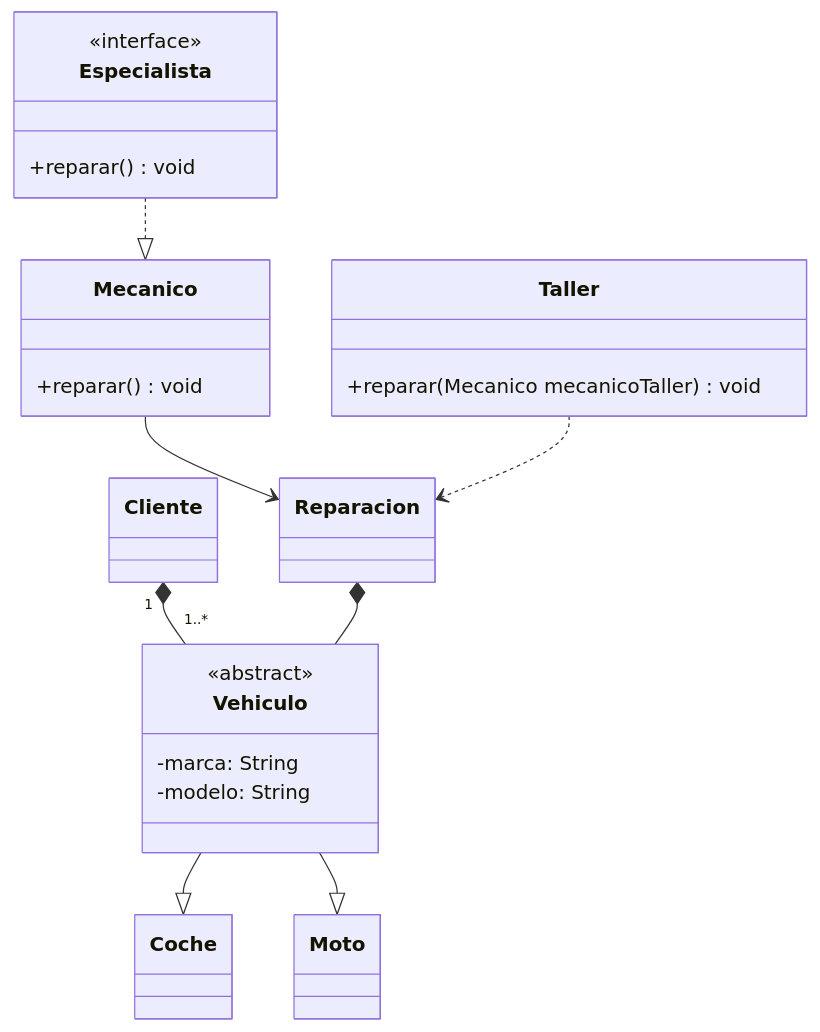
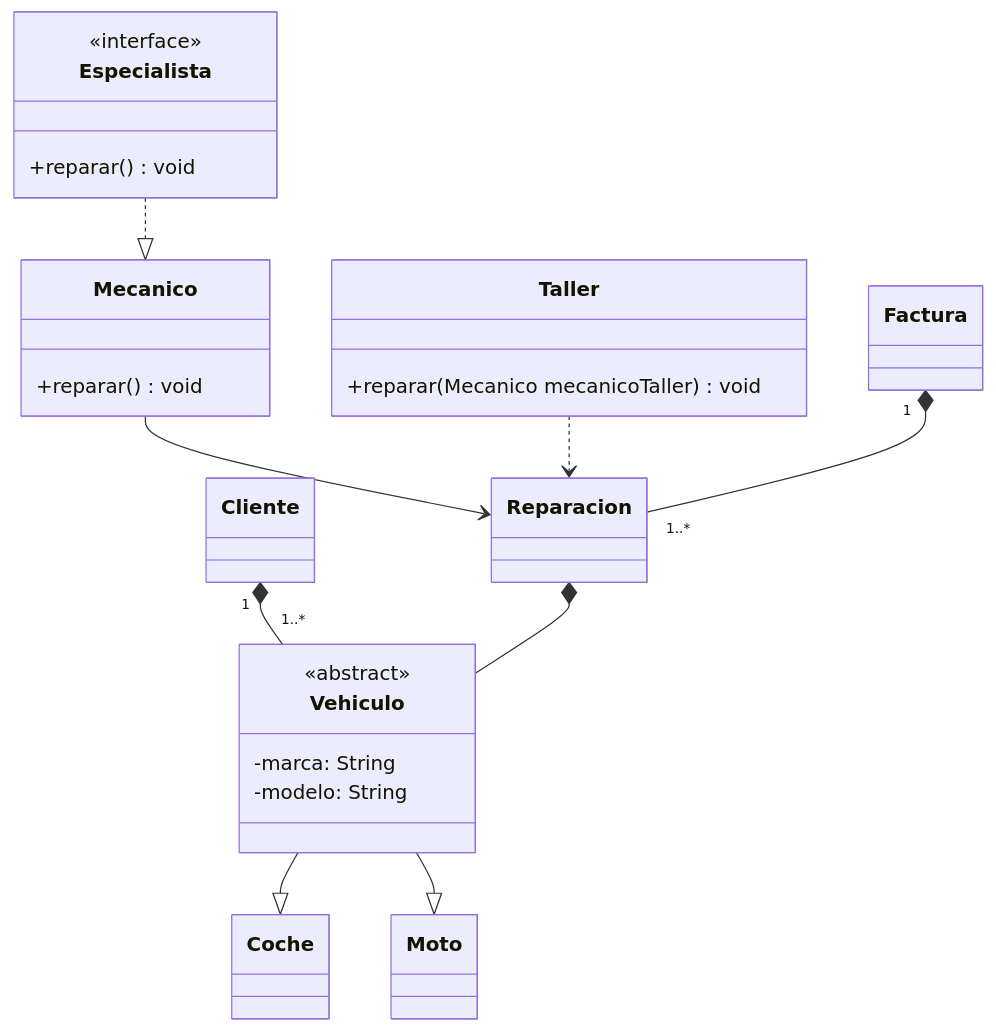
One commit to antondm11/6.3.ActividadTaller changed the diagram in DESIGN.md. Above: the diagram before and after it, drawn with Mermaid. The commit also changed 1 other file, not shown here.

Commit message:
Añadir clase factura

````diff
--- a/DESIGN.md
+++ b/DESIGN.md
@@ -4,45 +4,51 @@
 ```mermaid
 
 classDiagram
 direction TB
     class Vehiculo {
 	    -marca: String
 	    -modelo: String
     }
 
     class Coche {
     }
 
     class Moto {
     }
 
     class Cliente {
     }
 
     class Reparacion {
     }
 
     class Mecanico {
 	    +reparar() void
     }
 
     class Taller {
 	    +reparar(Mecanico mecanicoTaller) void
     }
 
     class Especialista {
 	    +reparar() void
     }
 
+    class Factura{
+        
+    }
+
 	<<abstract>> Vehiculo
 	<<interface>> Especialista
 
     Cliente "1" *-- "1..*" Vehiculo
     Reparacion *-- Vehiculo
     Especialista ..|> Mecanico
     Mecanico --> Reparacion
     Vehiculo --|> Coche
     Vehiculo --|> Moto
     Taller ..> Reparacion
+    Factura "1" *-- "1..*" Reparacion
+
 
 ```
````
